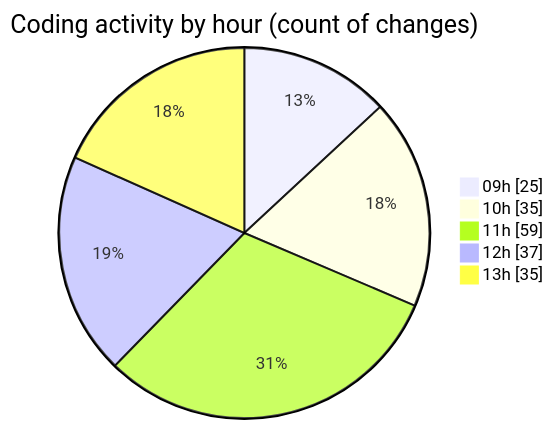
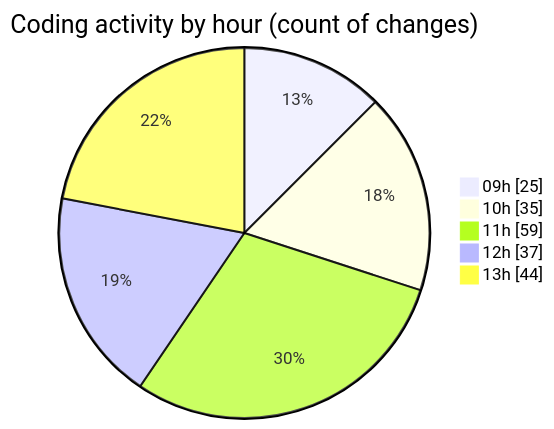
Before and after one commit to momahboobian/code-tracking: the second of 2 diagrams in 2025-08-22/cda/README.md, drawn with Mermaid. The commit also changed other lines of this file and 1 other file, not shown here.

````diff
--- a/2025-08-22/cda/README.md
+++ b/2025-08-22/cda/README.md
@@ -51,9 +51,9 @@
 ```mermaid
 pie showData
 title Coding activity by hour (count of changes)
 "09h" : 25
 "10h" : 35
 "11h" : 59
 "12h" : 37
-"13h" : 35
+"13h" : 44
 ```
````
